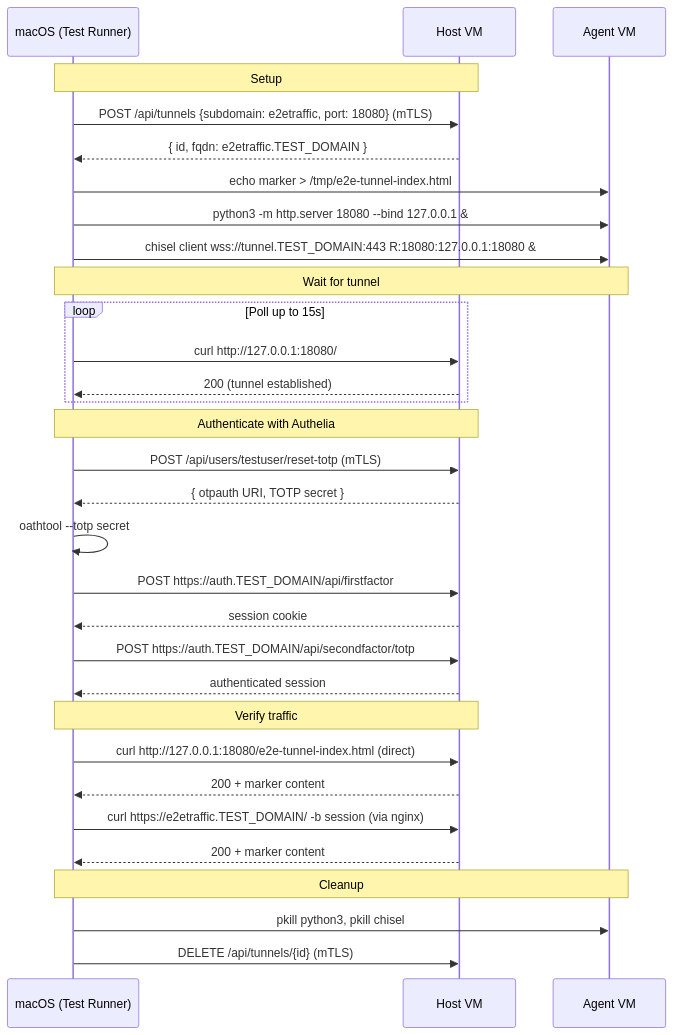
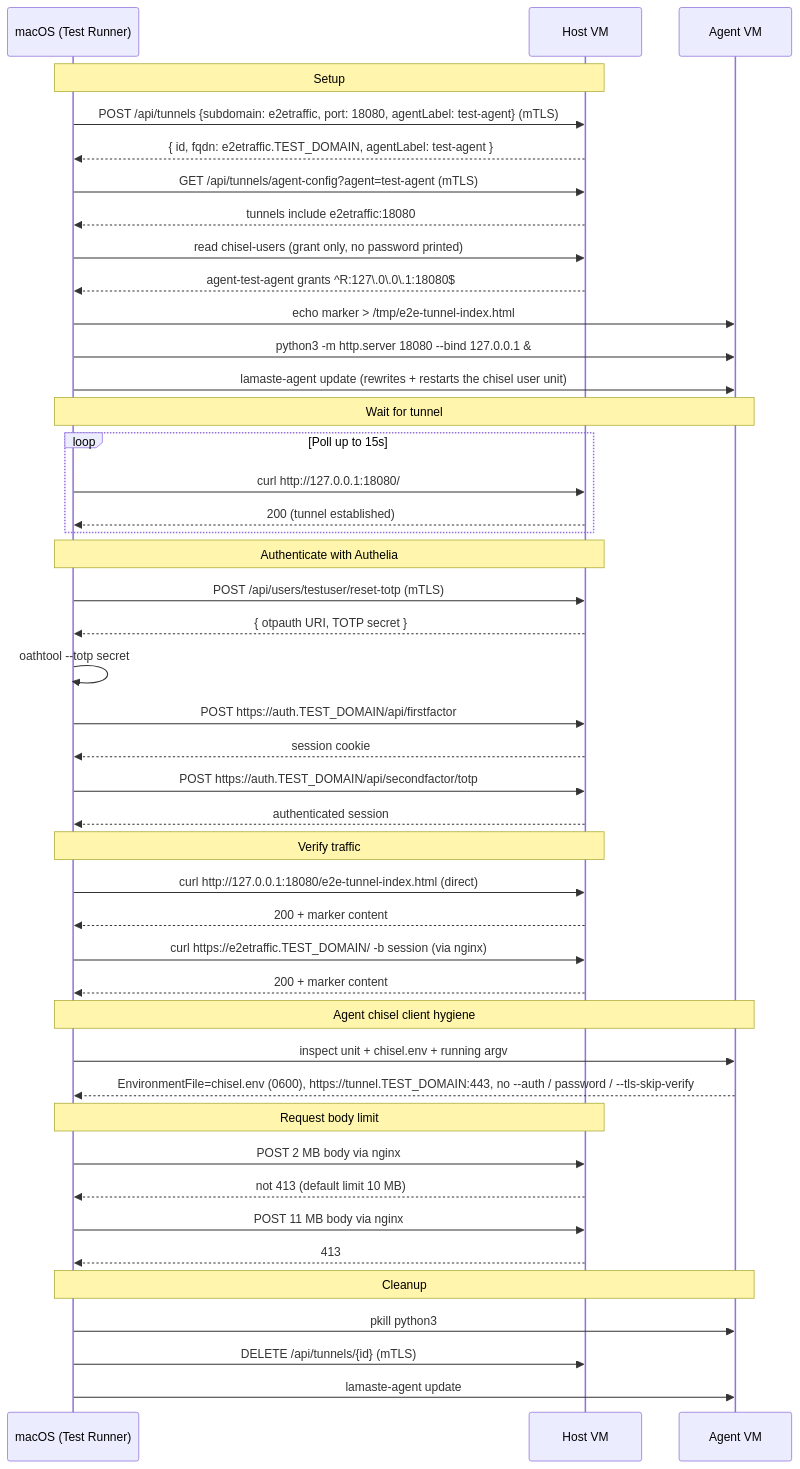
One commit to lamalibre/lamaste changed the third of 9 diagrams in packages/core/docs/03-architecture/e2e-three-vm-sequences.md. Above: the diagram before and after it, drawn with Mermaid. The commit also changed other lines of this file and 41 other files, not shown here.

Commit message:
docs: agent sync timer, tunnel ownership and relay hardening

````diff
--- a/packages/core/docs/03-architecture/e2e-three-vm-sequences.md
+++ b/packages/core/docs/03-architecture/e2e-three-vm-sequences.md
@@ -95,40 +95,55 @@
 ```mermaid
 sequenceDiagram
     participant Mac as macOS (Test Runner)
     participant H as Host VM
     participant A as Agent VM
 
     note over Mac,H: Setup
-    Mac->>H: POST /api/tunnels {subdomain: e2etraffic, port: 18080} (mTLS)
-    H-->>Mac: { id, fqdn: e2etraffic.TEST_DOMAIN }
+    Mac->>H: POST /api/tunnels {subdomain: e2etraffic, port: 18080, agentLabel: test-agent} (mTLS)
+    H-->>Mac: { id, fqdn: e2etraffic.TEST_DOMAIN, agentLabel: test-agent }
+    Mac->>H: GET /api/tunnels/agent-config?agent=test-agent (mTLS)
+    H-->>Mac: tunnels include e2etraffic:18080
+    Mac->>H: read chisel-users (grant only, no password printed)
+    H-->>Mac: agent-test-agent grants ^R:127\.0\.0\.1:18080$
 
     Mac->>A: echo marker > /tmp/e2e-tunnel-index.html
     Mac->>A: python3 -m http.server 18080 --bind 127.0.0.1 &
-    Mac->>A: chisel client wss://tunnel.TEST_DOMAIN:443 R:18080:127.0.0.1:18080 &
+    Mac->>A: lamaste-agent update (rewrites + restarts the chisel user unit)
 
     note over Mac,A: Wait for tunnel
     loop Poll up to 15s
         Mac->>H: curl http://127.0.0.1:18080/
         H-->>Mac: 200 (tunnel established)
     end
 
     note over Mac,H: Authenticate with Authelia
     Mac->>H: POST /api/users/testuser/reset-totp (mTLS)
     H-->>Mac: { otpauth URI, TOTP secret }
     Mac->>Mac: oathtool --totp secret
     Mac->>H: POST https://auth.TEST_DOMAIN/api/firstfactor
     H-->>Mac: session cookie
     Mac->>H: POST https://auth.TEST_DOMAIN/api/secondfactor/totp
     H-->>Mac: authenticated session
 
     note over Mac,H: Verify traffic
     Mac->>H: curl http://127.0.0.1:18080/e2e-tunnel-index.html (direct)
     H-->>Mac: 200 + marker content
 
     Mac->>H: curl https://e2etraffic.TEST_DOMAIN/ -b session (via nginx)
     H-->>Mac: 200 + marker content
 
+    note over Mac,A: Agent chisel client hygiene
+    Mac->>A: inspect unit + chisel.env + running argv
+    A-->>Mac: EnvironmentFile=chisel.env (0600), https://tunnel.TEST_DOMAIN:443, no --auth / password / --tls-skip-verify
+
+    note over Mac,H: Request body limit
+    Mac->>H: POST 2 MB body via nginx
+    H-->>Mac: not 413 (default limit 10 MB)
+    Mac->>H: POST 11 MB body via nginx
+    H-->>Mac: 413
+
     note over Mac,A: Cleanup
-    Mac->>A: pkill python3, pkill chisel
+    Mac->>A: pkill python3
     Mac->>H: DELETE /api/tunnels/{id} (mTLS)
+    Mac->>A: lamaste-agent update
 ```
````
